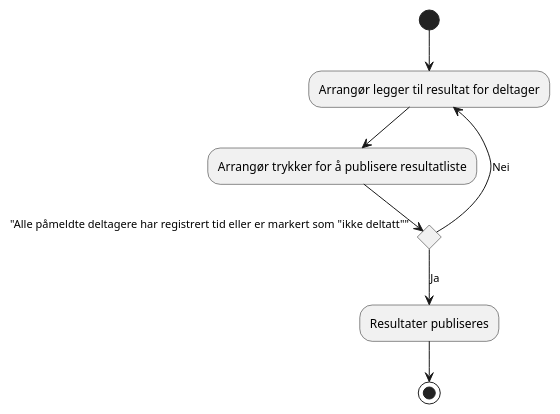
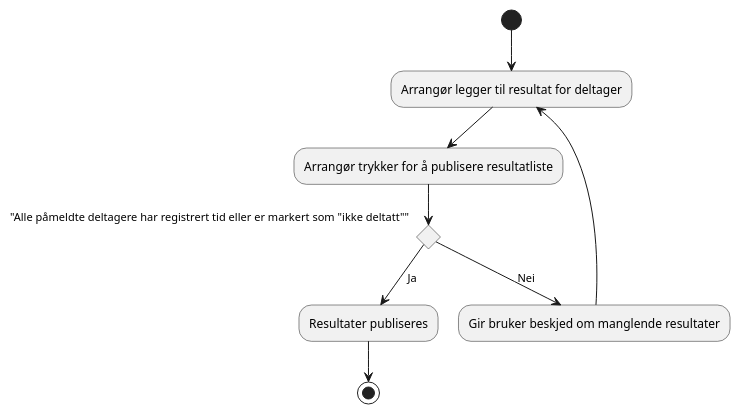
Before and after one commit to GossipDolphin/software_prosjekt_18: the diagram in diagrammer/aktivitetsdiagram/Arrangoer_registrerer_resultater.puml, drawn with PlantUML.

Commit message:
Oppdatering av aktivitetsdiagram. Bruker får nå en beskjed om manglende resultater.

```diff
--- a/diagrammer/aktivitetsdiagram/Arrangoer_registrerer_resultater.puml
+++ b/diagrammer/aktivitetsdiagram/Arrangoer_registrerer_resultater.puml
@@ -1,14 +1,15 @@
 @startuml
 (*)  --> "Arrangør legger til resultat for deltager"
 --> Arrangør trykker for å publisere resultatliste
 
 If "Alle påmeldte deltagere har registrert tid eller er markert som "ikke deltatt"" then
 --> [Ja] "Resultater publiseres"
 -->(*)
 
 else
---> [Nei] "Arrangør legger til resultat for deltager"
+--> [Nei] "Gir bruker beskjed om manglende resultater"
+--> "Arrangør legger til resultat for deltager"
 
 Endif
 
 @enduml
```
